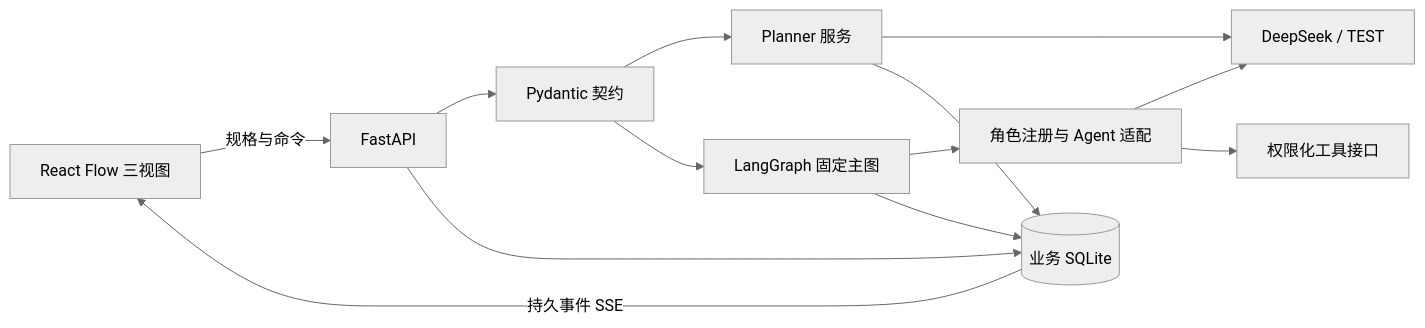
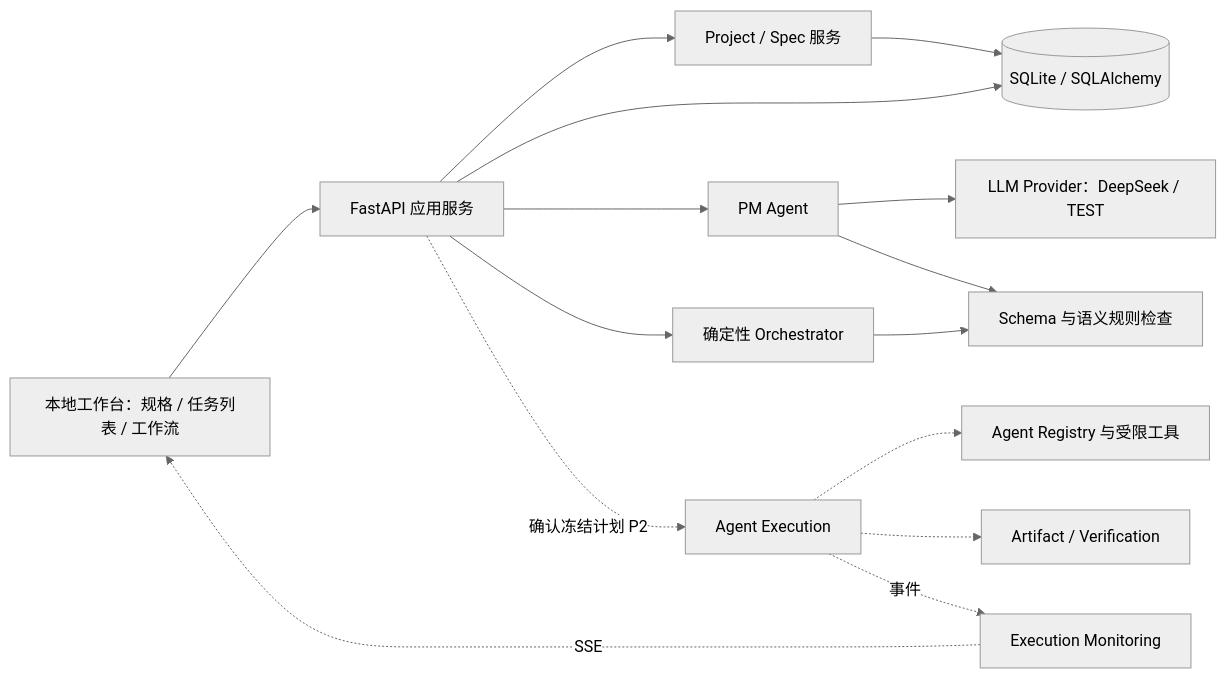
Before and after one commit to cocoliler/SE-lib: the first of 2 diagrams in docs/architecture/SYSTEM_ARCHITECTURE.md, drawn with Mermaid (neutral theme). The commit also changed other lines of this file and 42 other files, not shown here.

Commit message:
docs: 更新 FlowStudio v3.1 通用设计

````diff
--- a/docs/architecture/SYSTEM_ARCHITECTURE.md
+++ b/docs/architecture/SYSTEM_ARCHITECTURE.md
@@ -3,15 +3,17 @@
 ```mermaid
 flowchart LR
- F[React Flow 三视图] -->|规格与命令| API[FastAPI]
- API --> S[Pydantic 契约]
- S --> P[Planner 服务]
- S --> O[LangGraph 固定主图]
- O --> A[角色注册与 Agent 适配]
- P --> M[DeepSeek / TEST]
- A --> M
- A --> T[权限化工具接口]
- P --> DB[(业务 SQLite)]
- O --> DB
+ U[本地工作台：规格 / 任务列表 / 工作流] --> API[FastAPI 应用服务]
+ API --> SPEC[Project / Spec 服务]
+ API --> PM[PM Agent]
+ PM --> LLM[LLM Provider：DeepSeek / TEST]
+ PM --> V[Schema 与语义规则检查]
+ API --> O[确定性 Orchestrator]
+ O --> V
+ SPEC --> DB[(SQLite / SQLAlchemy)]
  API --> DB
- DB -->|持久事件 SSE| F
+ API -.确认冻结计划 P2.-> EX[Agent Execution]
+ EX -.-> AR[Agent Registry 与受限工具]
+ EX -.-> AV[Artifact / Verification]
+ EX -.事件.-> MON[Execution Monitoring]
+ MON -.SSE.-> U
 ```
````
